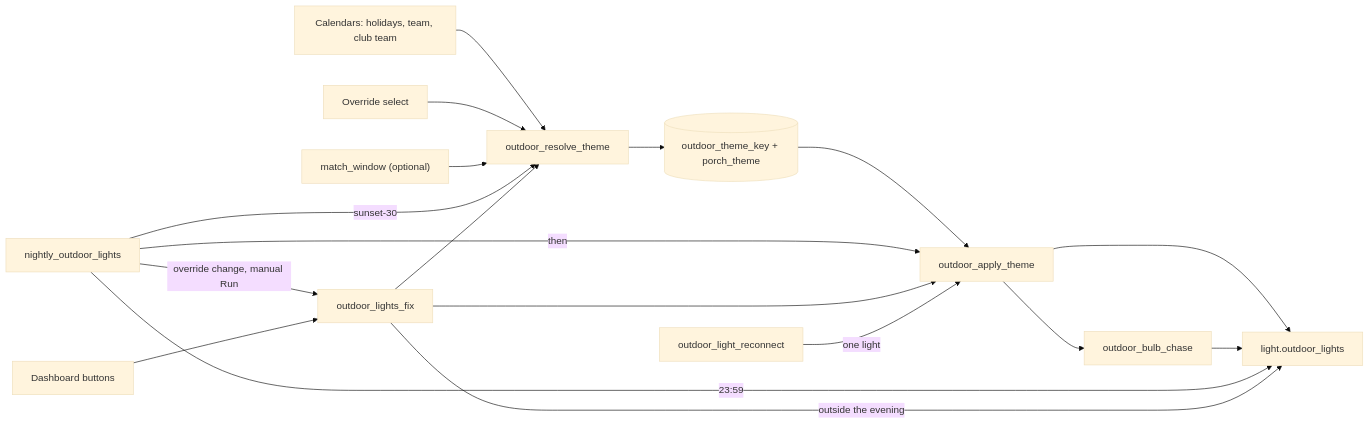
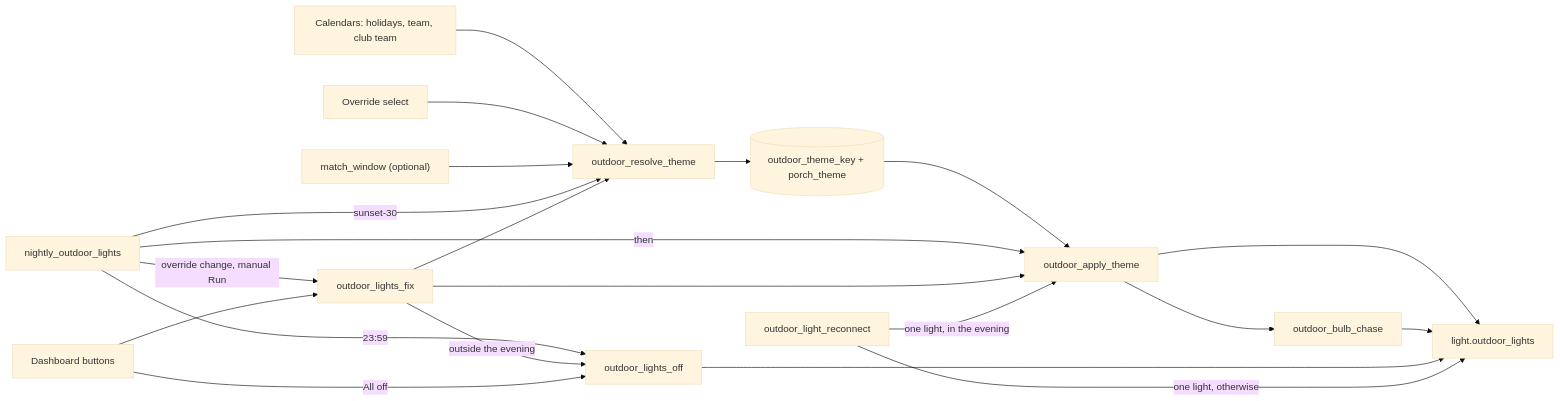
Before and after one commit to mels0n/HA_holiday_porch_lights: the first of 2 diagrams in README.md, drawn with Mermaid (base theme). The commit also changed other lines of this file and 15 other files, not shown here.

````diff
--- a/README.md
+++ b/README.md
@@ -22,20 +22,23 @@
 ```mermaid
 flowchart LR
   CAL["Calendars: holidays, team, club team"] --> RESOLVE["outdoor_resolve_theme"]
   OV["Override select"] --> RESOLVE
   WIN["match_window (optional)"] --> RESOLVE
   RESOLVE --> KEY[("outdoor_theme_key + porch_theme")]
   KEY --> APPLY["outdoor_apply_theme"]
   APPLY --> LIGHTS["light.outdoor_lights"]
   APPLY --> CHASE["outdoor_bulb_chase"]
   CHASE --> LIGHTS
   NIGHT["nightly_outdoor_lights"] -- "sunset-30" --> RESOLVE
   NIGHT -- "then" --> APPLY
-  NIGHT -- "23:59" --> LIGHTS
+  NIGHT -- "23:59" --> OFF["outdoor_lights_off"]
+  OFF --> LIGHTS
   NIGHT -- "override change, manual Run" --> FIX["outdoor_lights_fix"]
   DASH["Dashboard buttons"] --> FIX
   FIX --> RESOLVE
   FIX --> APPLY
-  FIX -- "outside the evening" --> LIGHTS
-  RECON["outdoor_light_reconnect"] -- "one light" --> APPLY
+  FIX -- "outside the evening" --> OFF
+  DASH -- "All off" --> OFF
+  RECON["outdoor_light_reconnect"] -- "one light, in the evening" --> APPLY
+  RECON -- "one light, otherwise" --> LIGHTS
 ```
````
